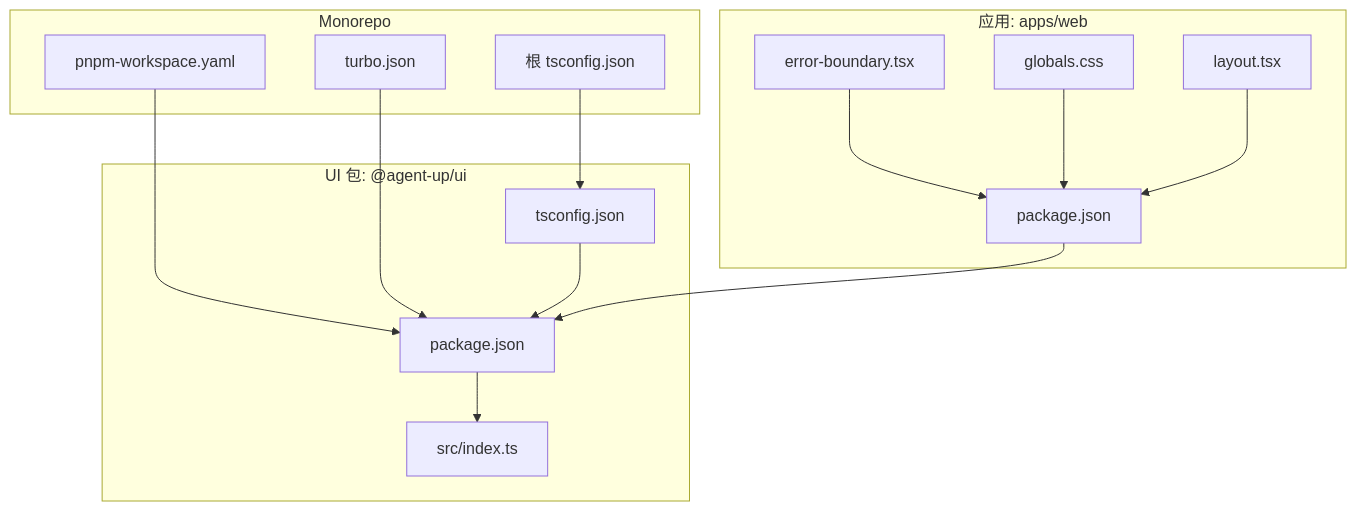
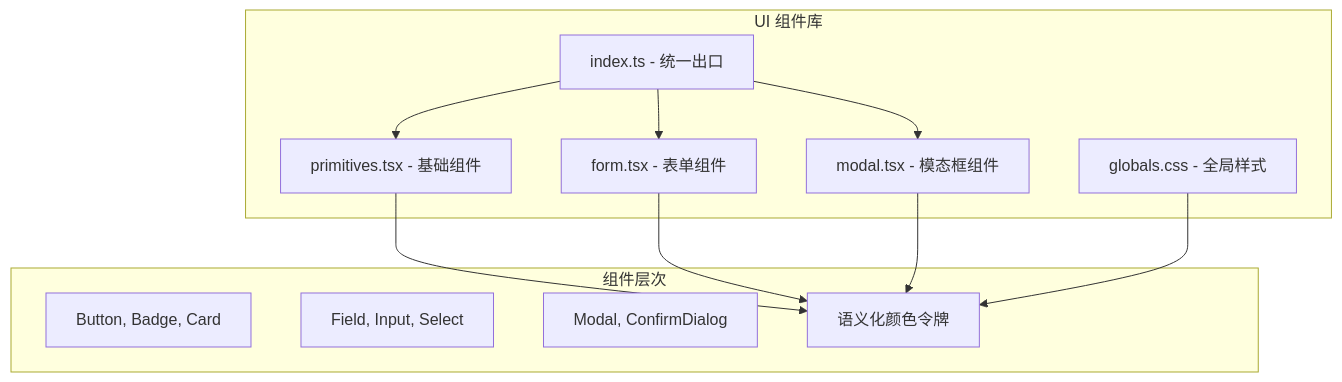
The first of 3 diagrams in .qoder/repowiki/zh/content/共享包开发/UI Component Library 包.md (ai-guru-global/agent-up), drawn with Mermaid before and after one commit. The commit also changed other lines of this file and 13 other files, not shown here.

````diff
--- a/.qoder/repowiki/zh/content/共享包开发/UI Component Library 包.md
+++ b/.qoder/repowiki/zh/content/共享包开发/UI Component Library 包.md
@@ -47,28 +42,23 @@
 ```mermaid
 graph TB
-subgraph "Monorepo"
-A["pnpm-workspace.yaml"]
-B["turbo.json"]
-C["根 tsconfig.json"]
+subgraph "UI 组件库"
+A["index.ts - 统一出口"]
+B["primitives.tsx - 基础组件"]
+C["form.tsx - 表单组件"]
+D["modal.tsx - 模态框组件"]
+E["globals.css - 全局样式"]
 end
-subgraph "UI 包: @agent-up/ui"
-U1["package.json"]
-U2["tsconfig.json"]
-U3["src/index.ts"]
+subgraph "组件层次"
+F["Button, Badge, Card"]
+G["Field, Input, Select"]
+H["Modal, ConfirmDialog"]
+I["语义化颜色令牌"]
 end
-subgraph "应用: apps/web"
-W1["package.json"]
-W2["error-boundary.tsx"]
-W3["globals.css"]
-W4["layout.tsx"]
-end
-A --> U1
-B --> U1
-C --> U2
-U2 --> U1
-U1 --> U3
-W1 --> U1
-W2 --> W1
-W3 --> W1
-W4 --> W1
+A --> B
+A --> C
+A --> D
+B --> I
+C --> I
+D --> I
+E --> I
 ```
````
